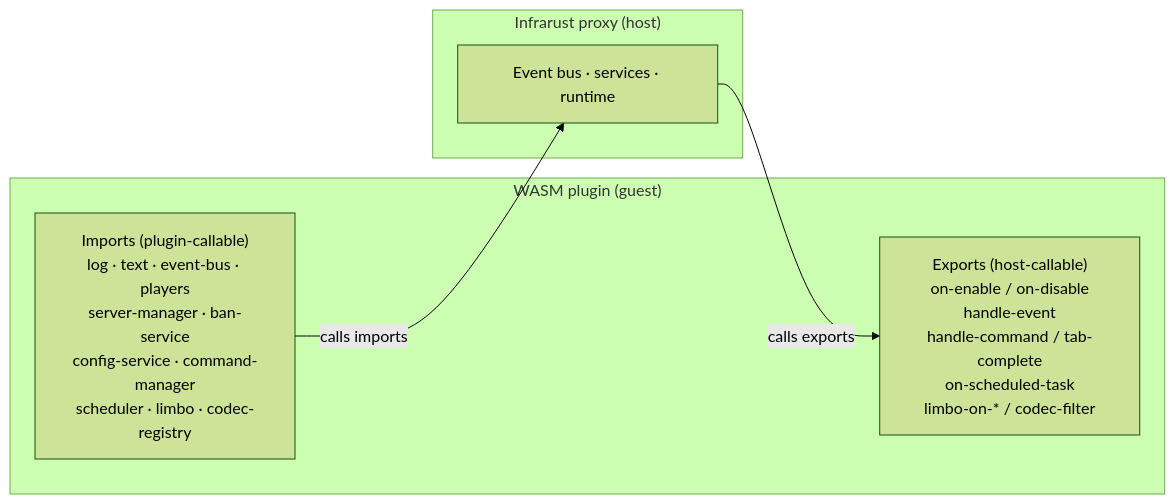
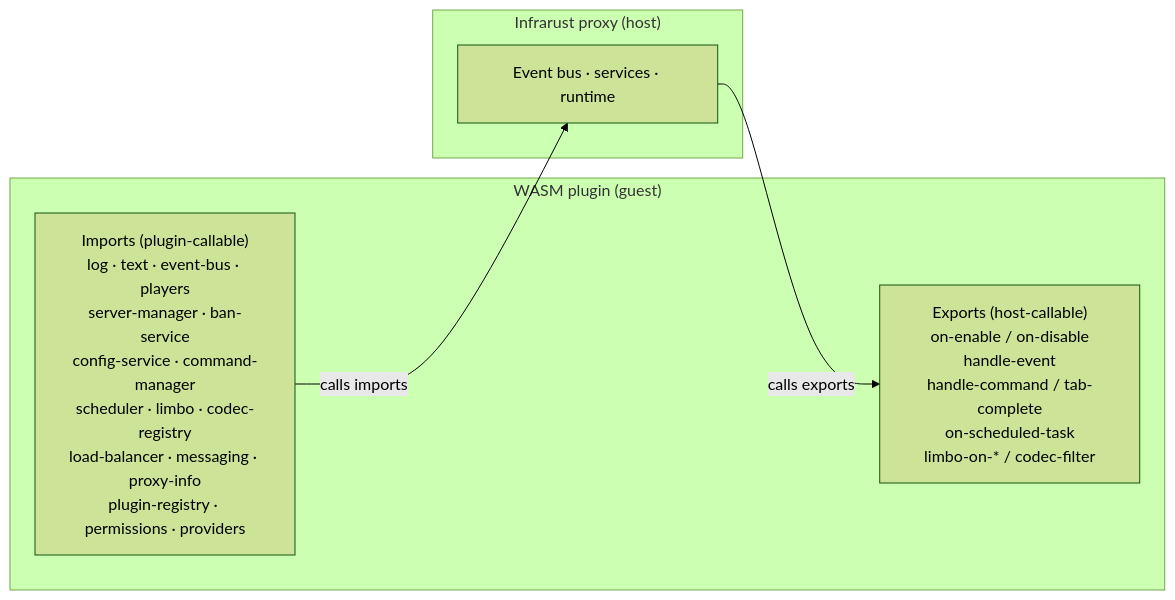
The diagram in docs/v2/plugins/wasm/architecture.md (Shadowner/Infrarust), drawn with Mermaid (forest theme) before and after one commit. The commit also changed other lines of this file and 2 other files, not shown here.

````diff
--- a/docs/v2/plugins/wasm/architecture.md
+++ b/docs/v2/plugins/wasm/architecture.md
@@ -70,12 +76,12 @@
 ```mermaid
 flowchart LR
     subgraph Guest["WASM plugin (guest)"]
         EX["Exports (host-callable)<br/>on-enable / on-disable<br/>handle-event<br/>handle-command / tab-complete<br/>on-scheduled-task<br/>limbo-on-* / codec-filter"]
-        IM["Imports (plugin-callable)<br/>log · text · event-bus · players<br/>server-manager · ban-service<br/>config-service · command-manager<br/>scheduler · limbo · codec-registry"]
+        IM["Imports (plugin-callable)<br/>log · text · event-bus · players<br/>server-manager · ban-service<br/>config-service · command-manager<br/>scheduler · limbo · codec-registry<br/>load-balancer · messaging · proxy-info<br/>plugin-registry · permissions · providers"]
     end
     subgraph Host["Infrarust proxy (host)"]
         H["Event bus · services · runtime"]
     end
     H -- "calls exports" --> EX
     IM -- "calls imports" --> H
 ```
````
